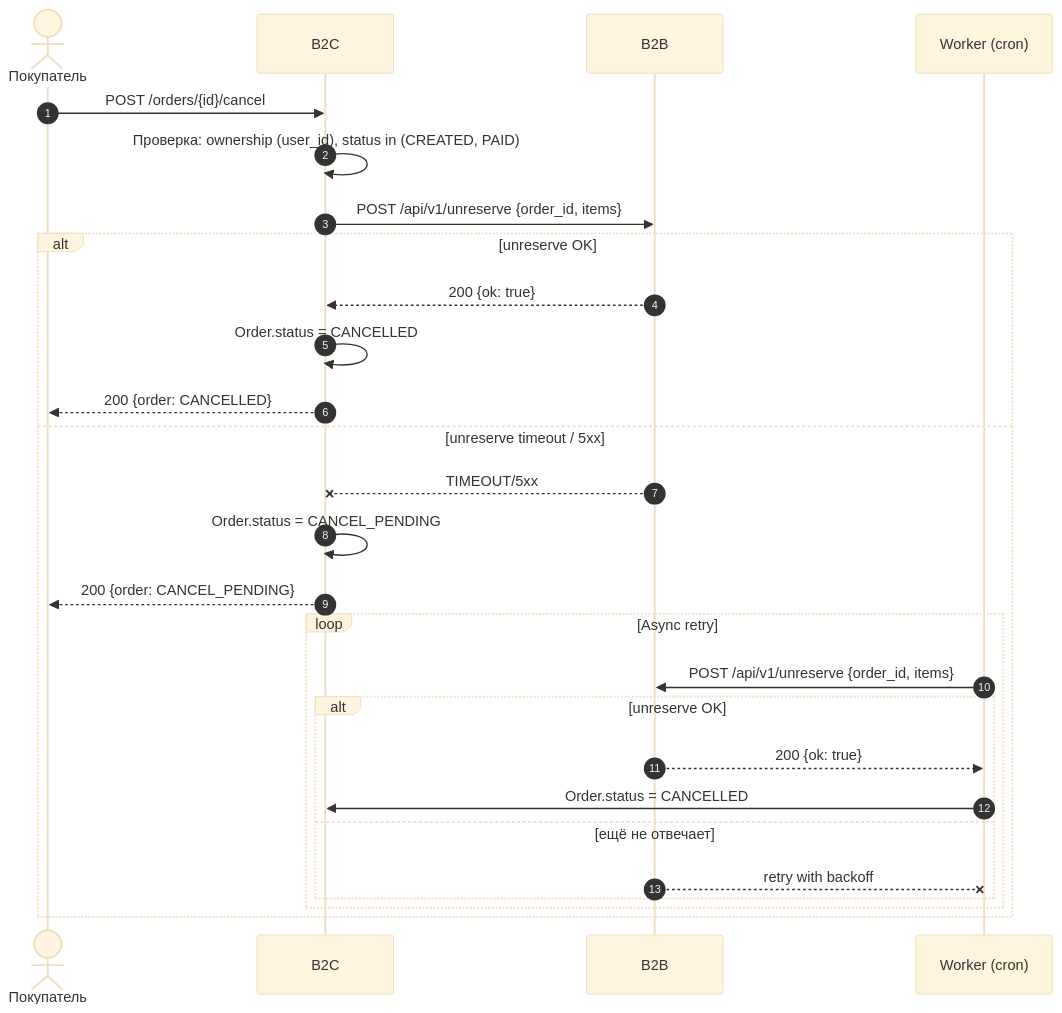
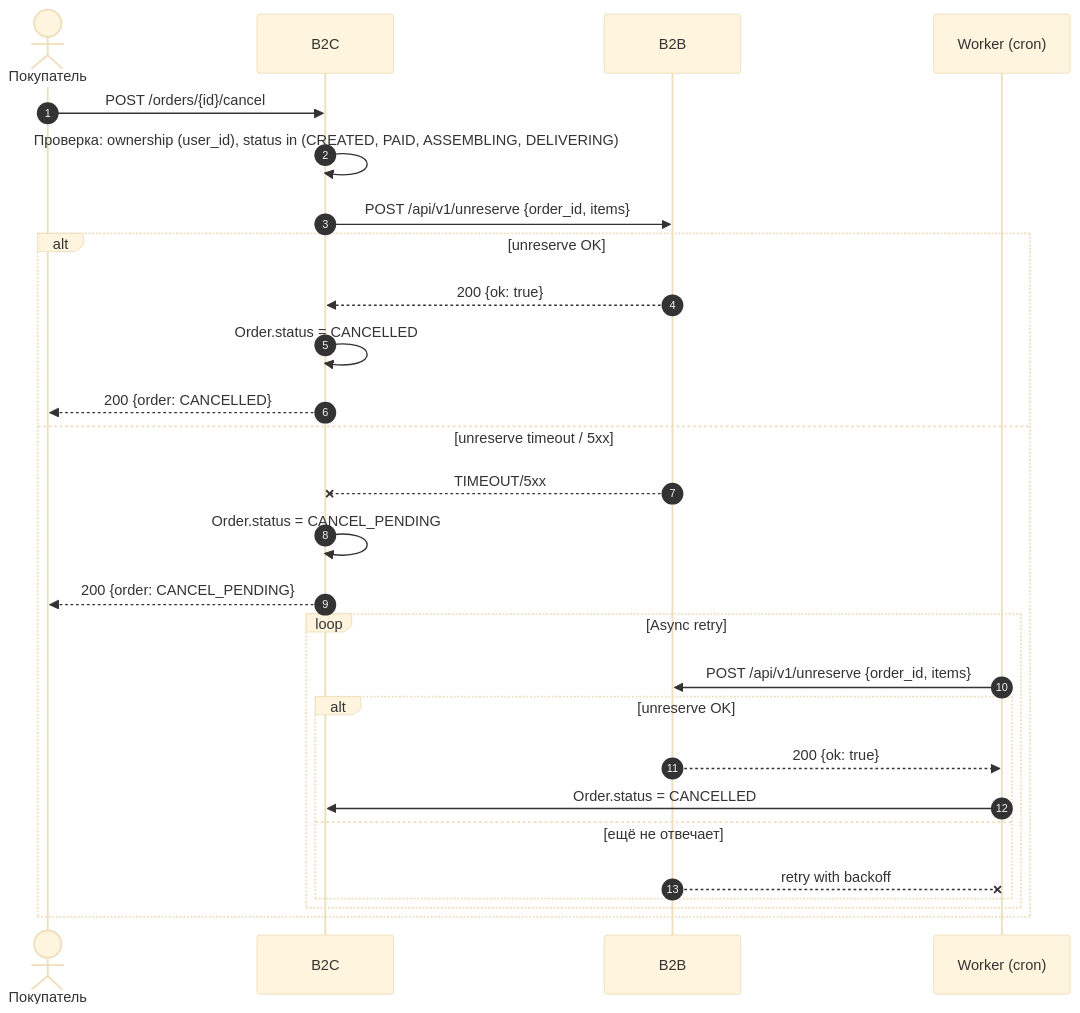
Before and after one commit to URFU2026-NeoMarket/neomarket-canon: the third of 4 diagrams in flows/b2c-orders-flows.md, drawn with Mermaid (base theme). The commit also changed other lines of this file, not shown here.

First line of the commit message:
docs(b2c-orders): отмена в 4 статусах CREATED/PAID/ASSEMBLING/DELIVERING + взаимоисключение cancel/fulfill + changelog 2026-06-14

````diff
--- a/flows/b2c-orders-flows.md
+++ b/flows/b2c-orders-flows.md
@@ -653,31 +660,31 @@
 ```mermaid
 sequenceDiagram
     autonumber
     actor U as Покупатель
     participant B2C
     participant B2B
     participant W as Worker (cron)
 
     U->>B2C: POST /orders/{id}/cancel
-    B2C->>B2C: Проверка: ownership (user_id), status in (CREATED, PAID)
+    B2C->>B2C: Проверка: ownership (user_id), status in (CREATED, PAID, ASSEMBLING, DELIVERING)
     B2C->>B2B: POST /api/v1/unreserve {order_id, items}
 
     alt unreserve OK
         B2B-->>B2C: 200 {ok: true}
         B2C->>B2C: Order.status = CANCELLED
         B2C-->>U: 200 {order: CANCELLED}
     else unreserve timeout / 5xx
         B2B--xB2C: TIMEOUT/5xx
         B2C->>B2C: Order.status = CANCEL_PENDING
         B2C-->>U: 200 {order: CANCEL_PENDING}
         loop Async retry
             W->>B2B: POST /api/v1/unreserve {order_id, items}
             alt unreserve OK
                 B2B-->>W: 200 {ok: true}
                 W->>B2C: Order.status = CANCELLED
             else ещё не отвечает
                 B2B--xW: retry with backoff
             end
         end
     end
 ```
````
